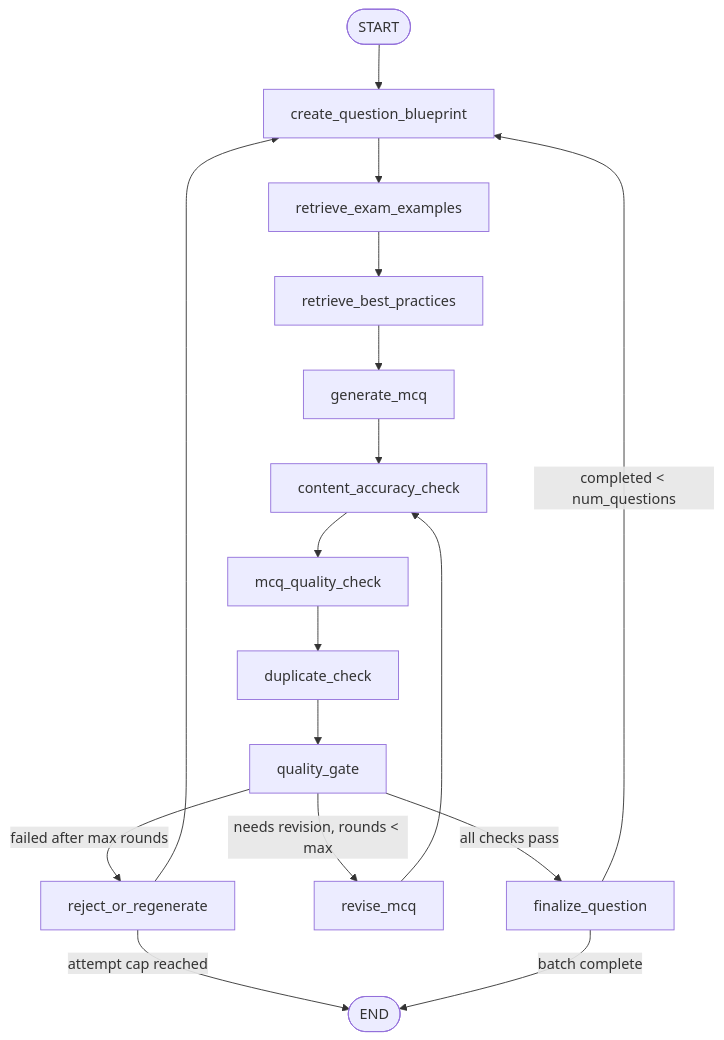
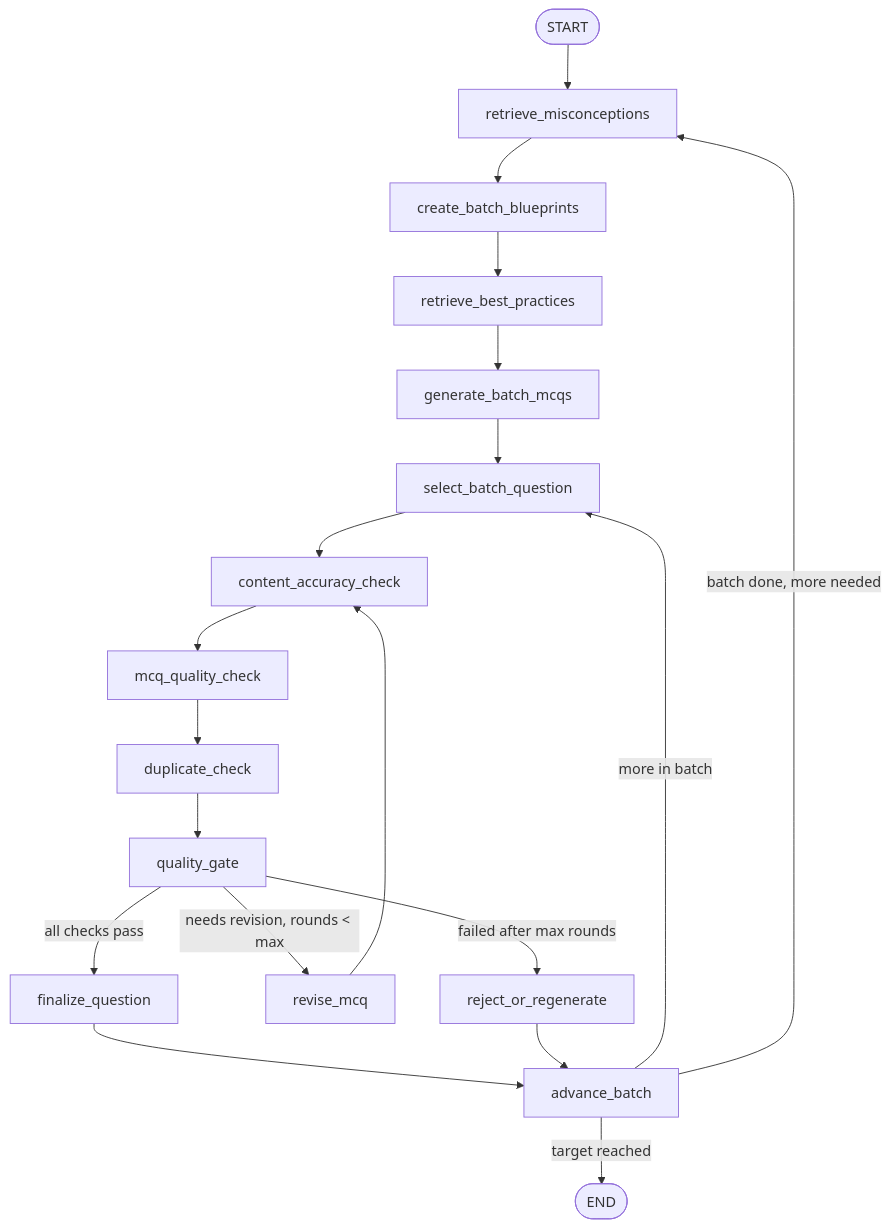
The diagram in README.md (amir-prod/chem-mcq), drawn with Mermaid before and after one commit. The commit also changed other lines of this file and 37 other files, not shown here.

Commit message:
version 3. using misconceptions rather than exam_dump to generate MCQs. Generating questions in batch of 5 rather than one by one (before). This reduced tokens usage and generates questions faster.

````diff
--- a/README.md
+++ b/README.md
@@ -143,22 +149,24 @@
 ```mermaid
 flowchart TD
-    START([START]) --> SPEC["create_question_blueprint"]
-    SPEC --> R1["retrieve_exam_examples"]
-    R1 --> R2["retrieve_best_practices"]
-    R2 --> G["generate_mcq"]
-    G --> C["content_accuracy_check"]
+    START([START]) --> RM["retrieve_misconceptions"]
+    RM --> BB["create_batch_blueprints"]
+    BB --> BP["retrieve_best_practices"]
+    BP --> GB["generate_batch_mcqs"]
+    GB --> SQ["select_batch_question"]
+    SQ --> C["content_accuracy_check"]
     C --> Q["mcq_quality_check"]
     Q --> D["duplicate_check"]
     D --> QC["quality_gate"]
 
     QC -->|"all checks pass"| F["finalize_question"]
     QC -->|"needs revision, rounds < max"| REV["revise_mcq"]
     REV --> C
 
     QC -->|"failed after max rounds"| REJECT["reject_or_regenerate"]
-    REJECT --> SPEC
-    REJECT -->|"attempt cap reached"| END
+    F --> ADV["advance_batch"]
+    REJECT --> ADV
 
-    F -->|"completed < num_questions"| SPEC
-    F -->|"batch complete"| END([END])
+    ADV -->|"more in batch"| SQ
+    ADV -->|"batch done, more needed"| RM
+    ADV -->|"target reached"| END([END])
 ```
````
